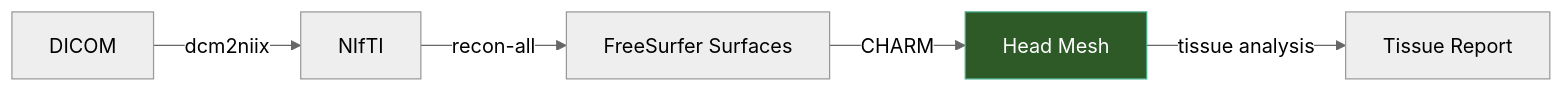
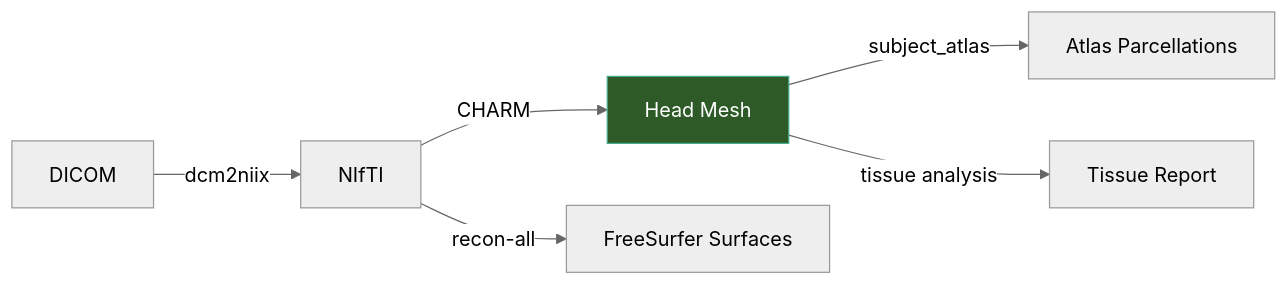
One commit to idossha/TI-Toolbox changed the diagram in docs/api_mkdocs/docs/pipeline/preprocessing.md. Above: the diagram before and after it, drawn with Mermaid (neutral theme). The commit also changed other lines of this file and 35 other files, not shown here.

````diff
--- a/docs/api_mkdocs/docs/pipeline/preprocessing.md
+++ b/docs/api_mkdocs/docs/pipeline/preprocessing.md
@@ -5,8 +5,9 @@
 ```mermaid
 graph LR
     A[DICOM] -->|dcm2niix| B[NIfTI]
-    B -->|recon-all| C[FreeSurfer Surfaces]
-    C -->|CHARM| D[Head Mesh]
-    D -->|tissue analysis| E[Tissue Report]
-    style D fill:#2d5a27,stroke:#4a8,color:#fff
+    B -->|CHARM| C[Head Mesh]
+    C -->|subject_atlas| D[Atlas Parcellations]
+    B -->|recon-all| E[FreeSurfer Surfaces]
+    C -->|tissue analysis| F[Tissue Report]
+    style C fill:#2d5a27,stroke:#4a8,color:#fff
 ```
````
